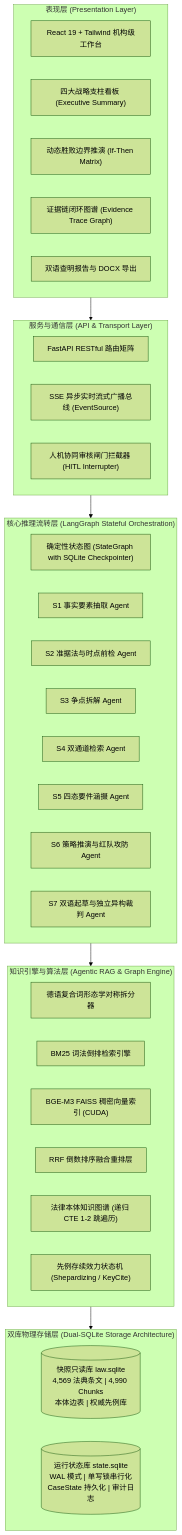
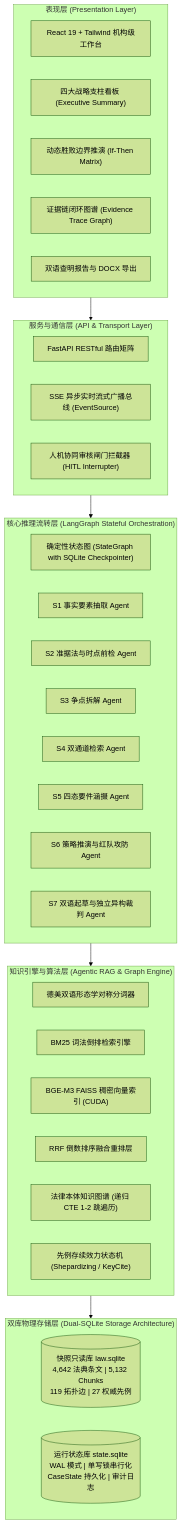
One commit to mercedtednolkaife-create/OverseasLawAssist changed the first of 5 diagrams in 技术说明.md. Above: the diagram before and after it, drawn with Mermaid (forest theme). The commit also changed other lines of this file and 45 other files, not shown here.

````diff
--- a/技术说明.md
+++ b/技术说明.md
@@ -20,46 +20,46 @@
 ```mermaid
 flowchart TD
     subgraph UI_Layer ["表现层 (Presentation Layer)"]
         UI1["React 19 + Tailwind 机构级工作台"]
         UI2["四大战略支柱看板 (Executive Summary)"]
         UI3["动态胜败边界推演 (If-Then Matrix)"]
         UI4["证据链闭环图谱 (Evidence Trace Graph)"]
         UI5["双语查明报告与 DOCX 导出"]
     end
 
     subgraph Service_Layer ["服务与通信层 (API & Transport Layer)"]
         API1["FastAPI RESTful 路由矩阵"]
         API2["SSE 异步实时流式广播总线 (EventSource)"]
         API3["人机协同审核闸门拦截器 (HITL Interrupter)"]
     end
 
     subgraph Workflow_Layer ["核心推理流转层 (LangGraph Stateful Orchestration)"]
         DAG["确定性状态图 (StateGraph with SQLite Checkpointer)"]
         A1["S1 事实要素抽取 Agent"]
         A2["S2 准据法与时点前检 Agent"]
         A3["S3 争点拆解 Agent"]
         A4["S4 双通道检索 Agent"]
         A5["S5 四态要件涵摄 Agent"]
         A6["S6 策略推演与红队攻防 Agent"]
         A7["S7 双语起草与独立异构裁判 Agent"]
     end
 
     subgraph Engine_Layer ["知识引擎与算法层 (Agentic RAG & Graph Engine)"]
-        RAG1["德语复合词形态学对称拆分器"]
+        RAG1["德美双语形态学对称分词器"]
         RAG2["BM25 词法倒排检索引擎"]
         RAG3["BGE-M3 FAISS 稠密向量索引 (CUDA)"]
         RAG4["RRF 倒数排序融合重排层"]
         RAG5["法律本体知识图谱 (递归 CTE 1-2 跳遍历)"]
         RAG6["先例存续效力状态机 (Shepardizing / KeyCite)"]
     end
 
     subgraph Storage_Layer ["双库物理存储层 (Dual-SQLite Storage Architecture)"]
-        DB1[("快照只读库 law.sqlite\n4,569 法典条文 | 4,990 Chunks\n本体边表 | 权威先例库")]
+        DB1[("快照只读库 law.sqlite\n4,642 法典条文 | 5,132 Chunks\n119 拓扑边 | 27 权威先例")]
         DB2[("运行状态库 state.sqlite\nWAL 模式 | 单写锁串行化\nCaseState 持久化 | 审计日志")]
     end
 
     UI_Layer --> Service_Layer
     Service_Layer --> Workflow_Layer
     Workflow_Layer --> Engine_Layer
     Engine_Layer --> Storage_Layer
 ```
````
